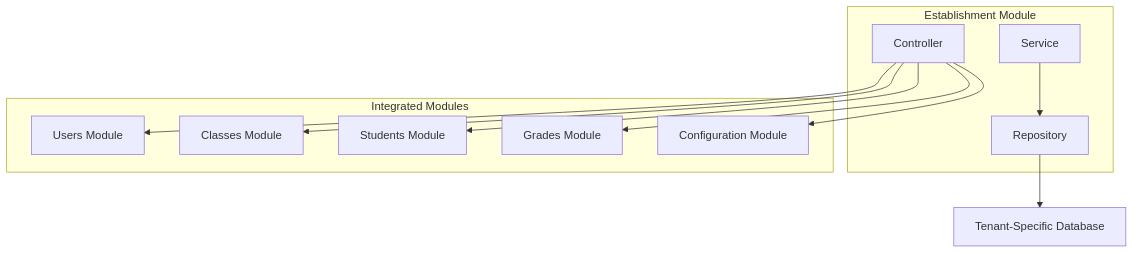
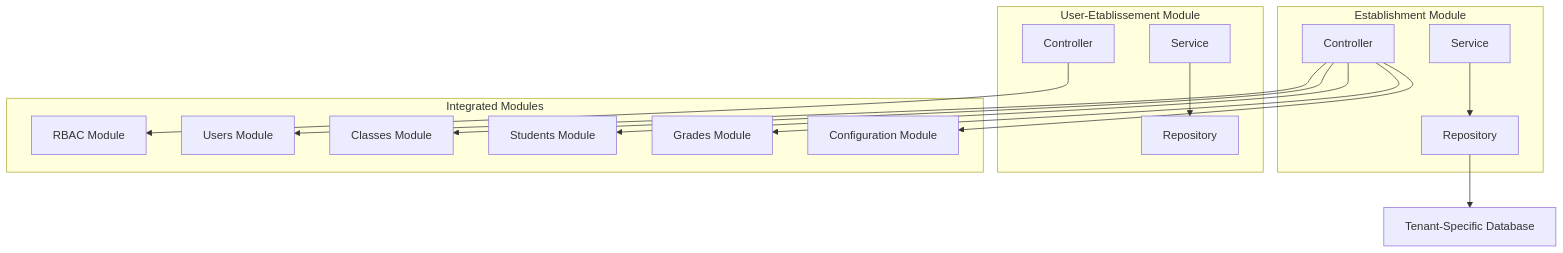
Diagram 14 of 15 in .qoder/repowiki/en/content/Modules & Features/Administrative Modules/Establishment Management.md (franckylab/eLISAschool), drawn with Mermaid before and after one commit. The commit also changed other lines of this file and 75 other files, not shown here.

````diff
--- a/.qoder/repowiki/en/content/Modules & Features/Administrative Modules/Establishment Management.md
+++ b/.qoder/repowiki/en/content/Modules & Features/Administrative Modules/Establishment Management.md
@@ -473,22 +699,30 @@
 ```mermaid
 graph TB
 subgraph "Establishment Module"
 Controller["Controller"]
 Service["Service"]
 Repository["Repository"]
 end
+subgraph "User-Etablissement Module"
+UEController["Controller"]
+UEService["Service"]
+UERepository["Repository"]
+end
 subgraph "Integrated Modules"
 Users["Users Module"]
 Classes["Classes Module"]
 Students["Students Module"]
 Grades["Grades Module"]
 Configuration["Configuration Module"]
+RBAC["RBAC Module"]
 end
 Controller --> Users
 Controller --> Classes
 Controller --> Students
 Controller --> Grades
 Controller --> Configuration
+UEController --> RBAC
+UEService --> UERepository
 Service --> Repository
 Repository --> Database["Tenant-Specific Database"]
 ```
````
